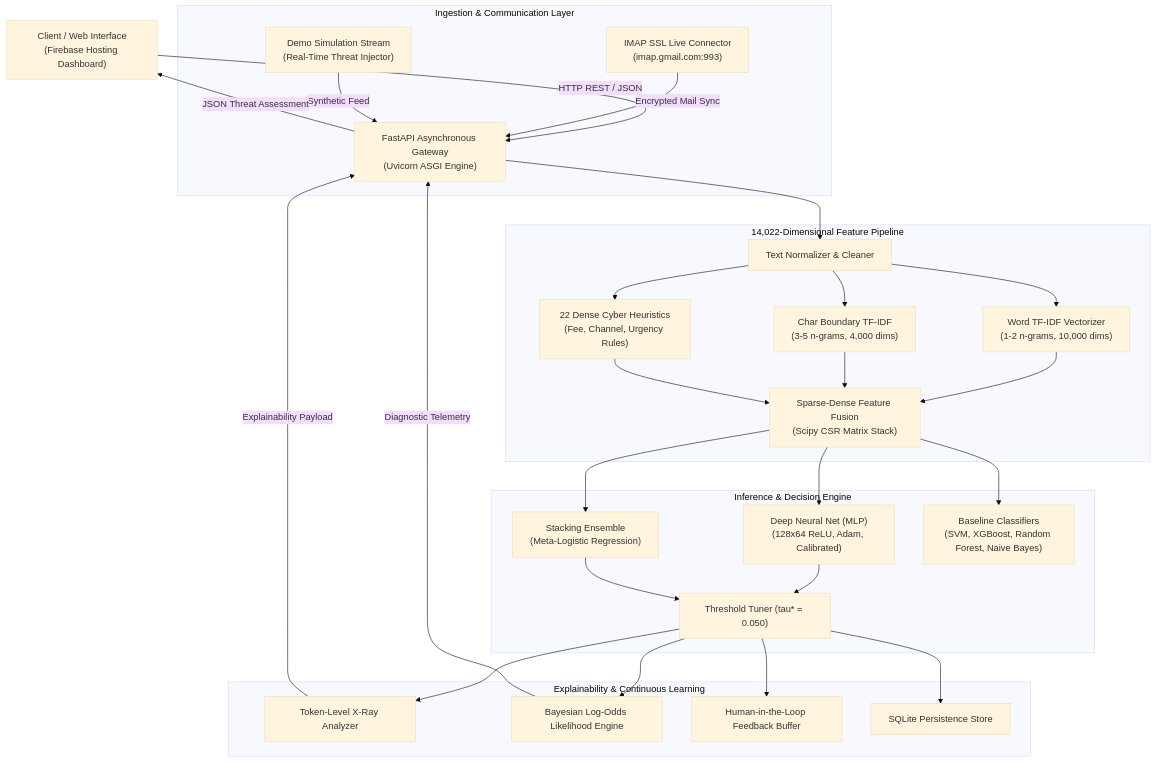
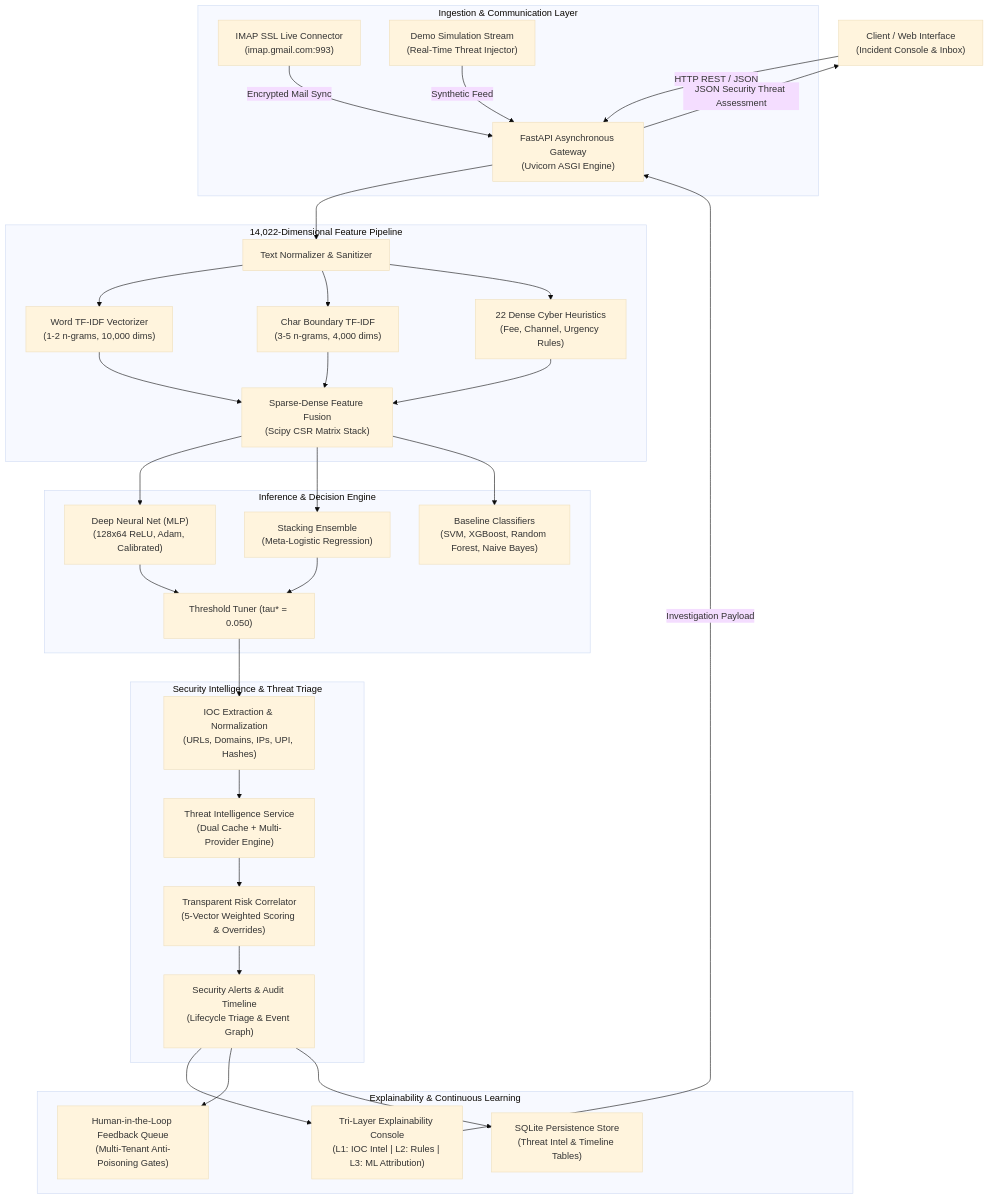
The first of 6 diagrams in README.md (ys18yash/career-shield-mail), drawn with Mermaid (base theme) before and after one commit. The commit also changed other lines of this file and 19 other files, not shown here.

First line of the commit message:
feat: implement Security Intelligence & Automated Threat Triage Module

````diff
--- a/README.md
+++ b/README.md
@@ -38,61 +38,70 @@
 ```mermaid
 flowchart TD
-    Client["Client / Web Interface<br/>(Firebase Hosting Dashboard)"]
+    Client["Client / Web Interface<br/>(Incident Console & Inbox)"]
     
     subgraph IngestionLayer["Ingestion & Communication Layer"]
         FastAPI["FastAPI Asynchronous Gateway<br/>(Uvicorn ASGI Engine)"]
         IMAP["IMAP SSL Live Connector<br/>(imap.gmail.com:993)"]
         SimEngine["Demo Simulation Stream<br/>(Real-Time Threat Injector)"]
     end
 
     subgraph FeatureEngineering["14,022-Dimensional Feature Pipeline"]
-        Preprocessor["Text Normalizer & Cleaner"]
+        Preprocessor["Text Normalizer & Sanitizer"]
         WordTFIDF["Word TF-IDF Vectorizer<br/>(1-2 n-grams, 10,000 dims)"]
         CharTFIDF["Char Boundary TF-IDF<br/>(3-5 n-grams, 4,000 dims)"]
         DenseExtractor["22 Dense Cyber Heuristics<br/>(Fee, Channel, Urgency Rules)"]
         FeatureUnion["Sparse-Dense Feature Fusion<br/>(Scipy CSR Matrix Stack)"]
     end
 
     subgraph ModelEnsemble["Inference & Decision Engine"]
         MLP["Deep Neural Net (MLP)<br/>(128x64 ReLU, Adam, Calibrated)"]
         Stacking["Stacking Ensemble<br/>(Meta-Logistic Regression)"]
         SubModels["Baseline Classifiers<br/>(SVM, XGBoost, Random Forest, Naive Bayes)"]
         ThresholdCalibrator["Threshold Tuner (tau* = 0.050)"]
     end
 
+    subgraph SecurityIntelligence["Security Intelligence & Threat Triage"]
+        IOCExtractorModule["IOC Extraction & Normalization<br/>(URLs, Domains, IPs, UPI, Hashes)"]
+        ThreatIntelServiceModule["Threat Intelligence Service<br/>(Dual Cache + Multi-Provider Engine)"]
+        RiskCorrelatorModule["Transparent Risk Correlator<br/>(5-Vector Weighted Scoring & Overrides)"]
+        AlertManagerModule["Security Alerts & Audit Timeline<br/>(Lifecycle Triage & Event Graph)"]
+    end
+
     subgraph ExplainabilityHITL["Explainability & Continuous Learning"]
-        TokenAttribution["Token-Level X-Ray Analyzer"]
-        BayesEvidence["Bayesian Log-Odds Likelihood Engine"]
-        HITL["Human-in-the-Loop Feedback Buffer"]
-        QuarantineDB["SQLite Persistence Store"]
+        TriLayerExplainability["Tri-Layer Explainability Console<br/>(L1: IOC Intel | L2: Rules | L3: ML Attribution)"]
+        HITL["Human-in-the-Loop Feedback Queue<br/>(Multi-Tenant Anti-Poisoning Gates)"]
+        QuarantineDB["SQLite Persistence Store<br/>(Threat Intel & Timeline Tables)"]
     end
 
     Client -->|HTTP REST / JSON| FastAPI
     IMAP -->|Encrypted Mail Sync| FastAPI
     SimEngine -->|Synthetic Feed| FastAPI
     
     FastAPI --> Preprocessor
     Preprocessor --> WordTFIDF
     Preprocessor --> CharTFIDF
     Preprocessor --> DenseExtractor
     
     WordTFIDF --> FeatureUnion
     CharTFIDF --> FeatureUnion
     DenseExtractor --> FeatureUnion
     
     FeatureUnion --> MLP
     FeatureUnion --> Stacking
     FeatureUnion --> SubModels
     
     MLP --> ThresholdCalibrator
     Stacking --> ThresholdCalibrator
     
-    ThresholdCalibrator --> TokenAttribution
-    ThresholdCalibrator --> BayesEvidence
-    ThresholdCalibrator --> HITL
-    ThresholdCalibrator --> QuarantineDB
+    ThresholdCalibrator --> IOCExtractorModule
+    IOCExtractorModule --> ThreatIntelServiceModule
+    ThreatIntelServiceModule --> RiskCorrelatorModule
+    RiskCorrelatorModule --> AlertManagerModule
     
-    TokenAttribution -->|Explainability Payload| FastAPI
-    BayesEvidence -->|Diagnostic Telemetry| FastAPI
-    FastAPI -->|JSON Threat Assessment| Client
+    AlertManagerModule --> TriLayerExplainability
+    AlertManagerModule --> HITL
+    AlertManagerModule --> QuarantineDB
+    
+    TriLayerExplainability -->|Investigation Payload| FastAPI
+    FastAPI -->|JSON Security Threat Assessment| Client
 ```
````
